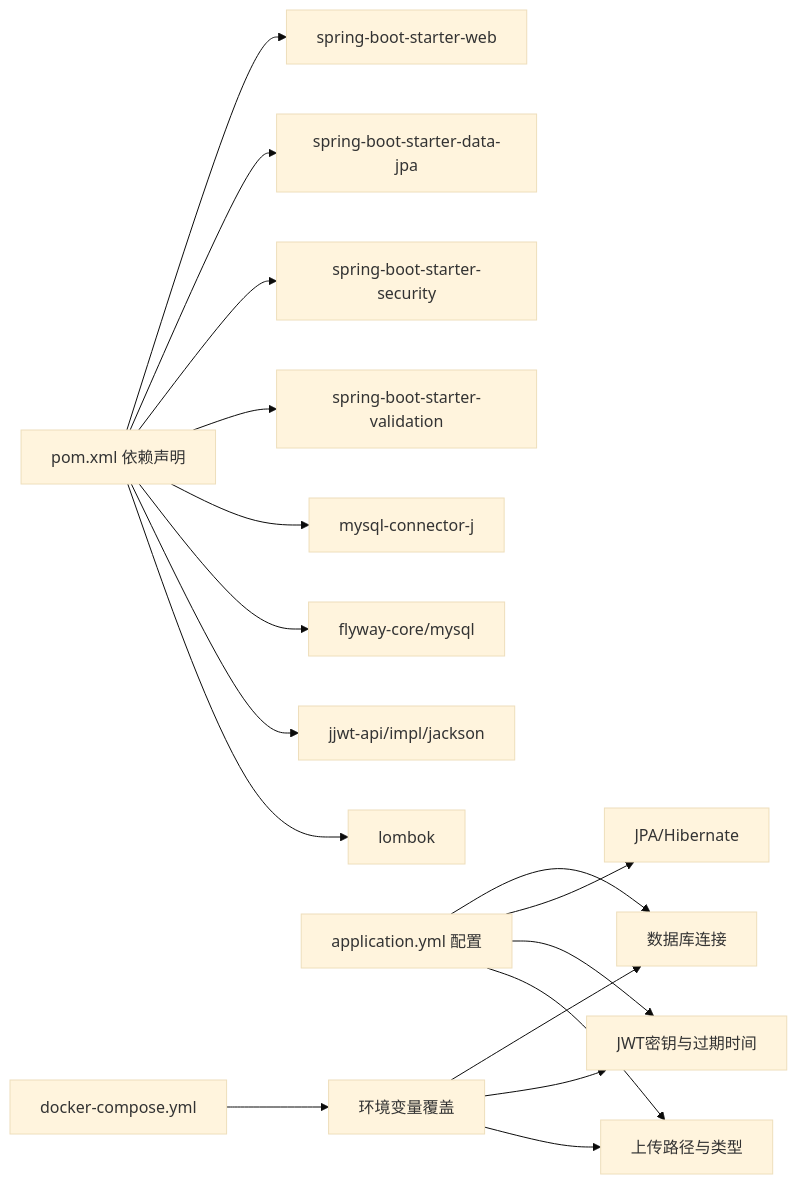
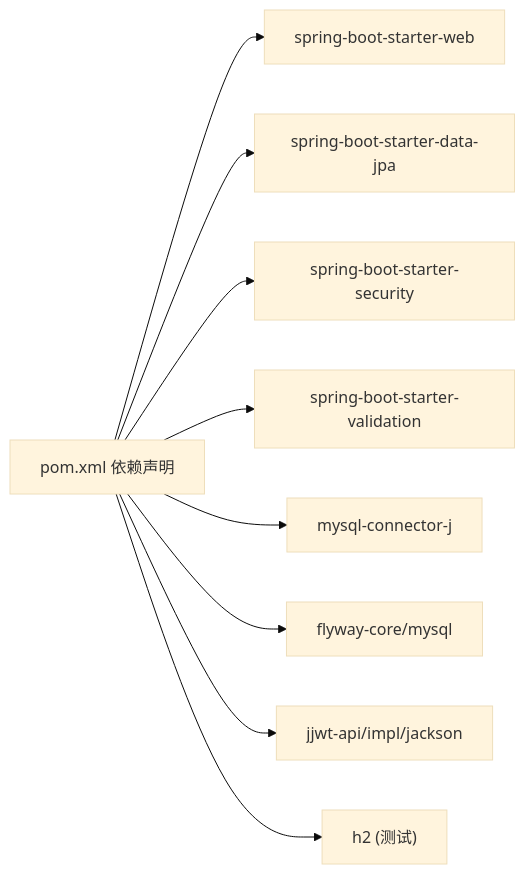
The sixth of 6 diagrams in .qoder/repowiki/zh/content/后端架构设计/后端架构设计.md (koala-xiong/communication-qoder), drawn with Mermaid (base theme) before and after one commit. The commit also changed other lines of this file and 73 other files, not shown here.

````diff
--- a/.qoder/repowiki/zh/content/后端架构设计/后端架构设计.md
+++ b/.qoder/repowiki/zh/content/后端架构设计/后端架构设计.md
@@ -330,19 +317,11 @@
 ```mermaid
 graph LR
 POM["pom.xml 依赖声明"] --> WEB["spring-boot-starter-web"]
-POM --> DATA["spring-boot-starter-data-jpa"]
-POM --> SEC["spring-boot-starter-security"]
-POM --> VALID["spring-boot-starter-validation"]
+POM --> DATAJPA["spring-boot-starter-data-jpa"]
+POM --> SECURITY["spring-boot-starter-security"]
+POM --> VALIDATION["spring-boot-starter-validation"]
 POM --> MYSQL["mysql-connector-j"]
-POM --> FLY["flyway-core/mysql"]
-POM --> JJWT["jjwt-api/impl/jackson"]
-POM --> LOMBOK["lombok"]
-YML["application.yml 配置"] --> DB["数据库连接"]
-YML --> JPA["JPA/Hibernate"]
-YML --> JWT["JWT密钥与过期时间"]
-YML --> UPLOAD["上传路径与类型"]
-DC["docker-compose.yml"] --> ENV["环境变量覆盖"]
-ENV --> DB
-ENV --> JWT
-ENV --> UPLOAD
+POM --> FLYWAY["flyway-core/mysql"]
+POM --> JWT["jjwt-api/impl/jackson"]
+POM --> H2["h2 (测试)"]
 ```
````
